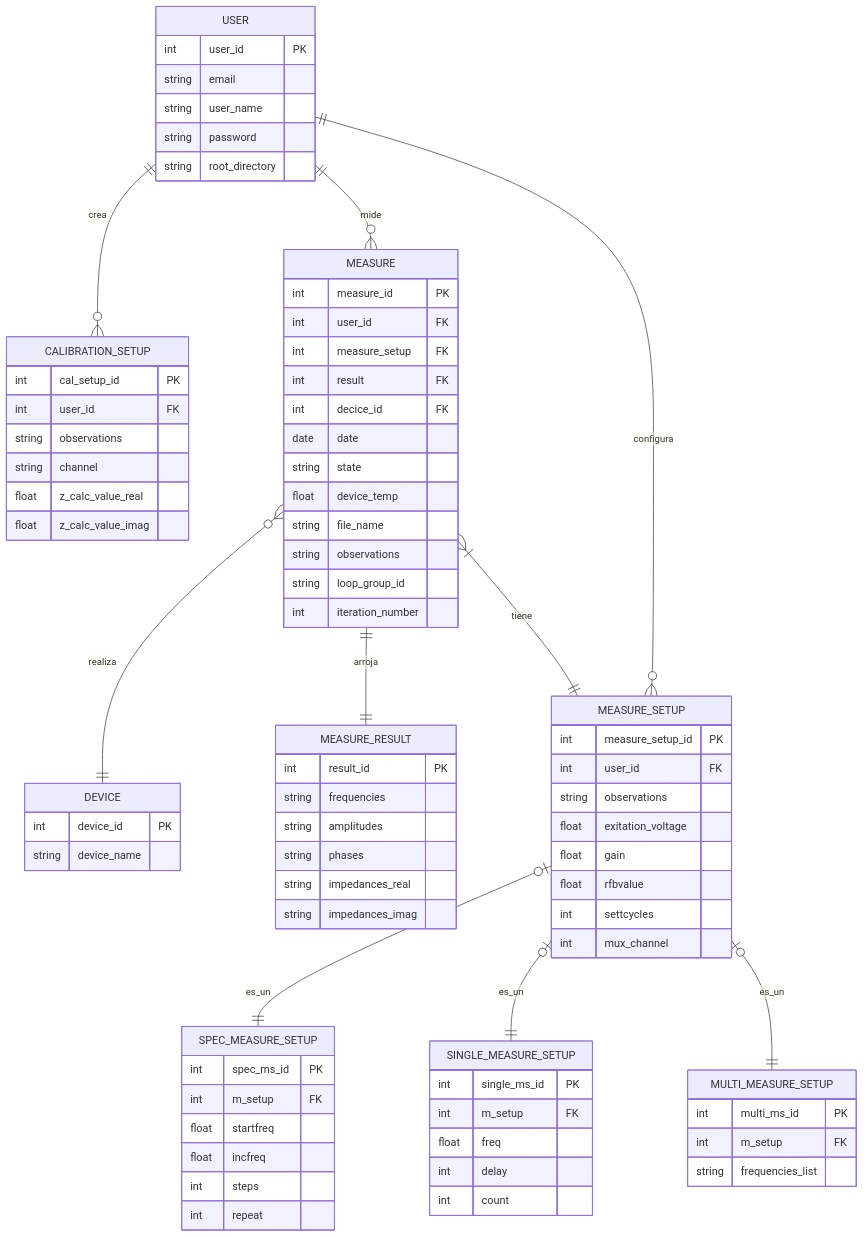
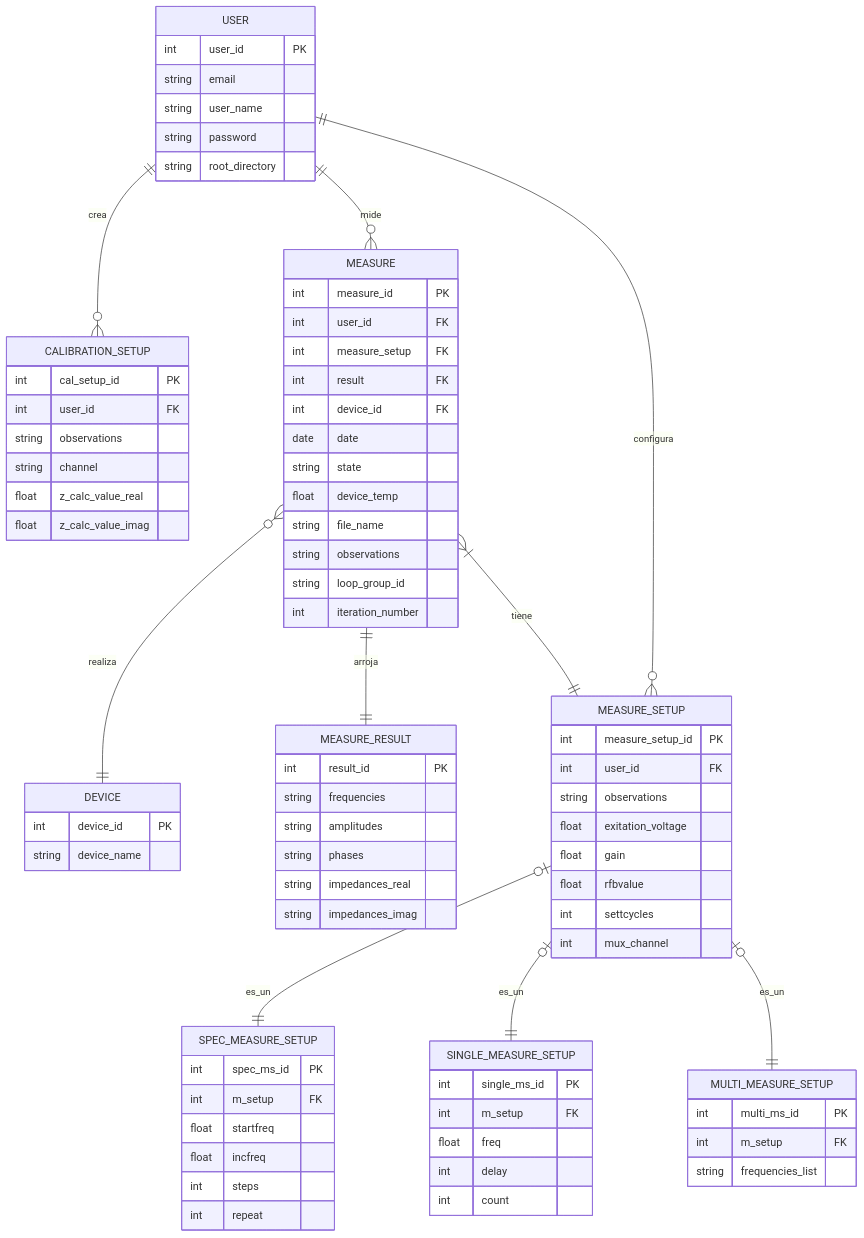
The fourth of 4 diagrams in Gmini-MarkDown/Diagramas/Diseño de base de datos.md (alegrelias/Repo-GMini), drawn with Mermaid before and after one commit.

Commit message:
Se modifica DER

```diff
--- a/Gmini-MarkDown/Diagramas/Diseño de base de datos.md
+++ b/Gmini-MarkDown/Diagramas/Diseño de base de datos.md
@@ -53,7 +53,7 @@
 	int user_id FK
 	int measure_setup FK
 	int result FK
-	int decice_id FK
+	int device_id FK
 	date date
 	string state
 	float device_temp
```
